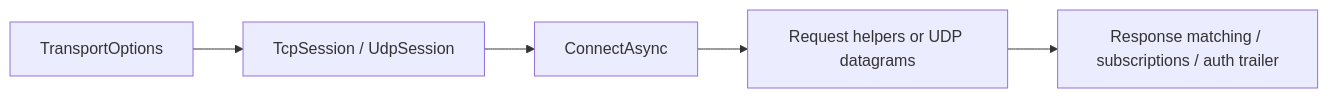
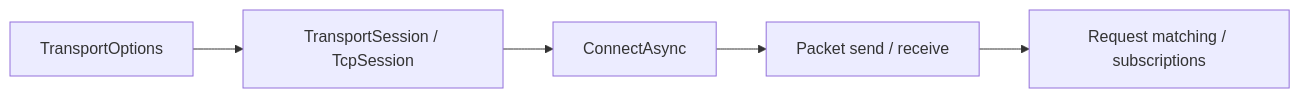
Before and after one commit to ppn-systems/Nalix: the diagram in docs/packages/nalix-sdk.md, drawn with Mermaid. The commit also changed other lines of this file and 190 other files, not shown here.

````diff
--- a/docs/packages/nalix-sdk.md
+++ b/docs/packages/nalix-sdk.md
@@ -10,7 +10,7 @@
 ```mermaid
 flowchart LR
-    A["TransportOptions"] --> B["TcpSession / UdpSession"]
+    A["TransportOptions"] --> B["TransportSession / TcpSession"]
     B --> C["ConnectAsync"]
-    C --> D["Request helpers or UDP datagrams"]
-    D --> E["Response matching / subscriptions / auth trailer"]
+    C --> D["Packet send / receive"]
+    D --> E["Request matching / subscriptions"]
 ```
````
